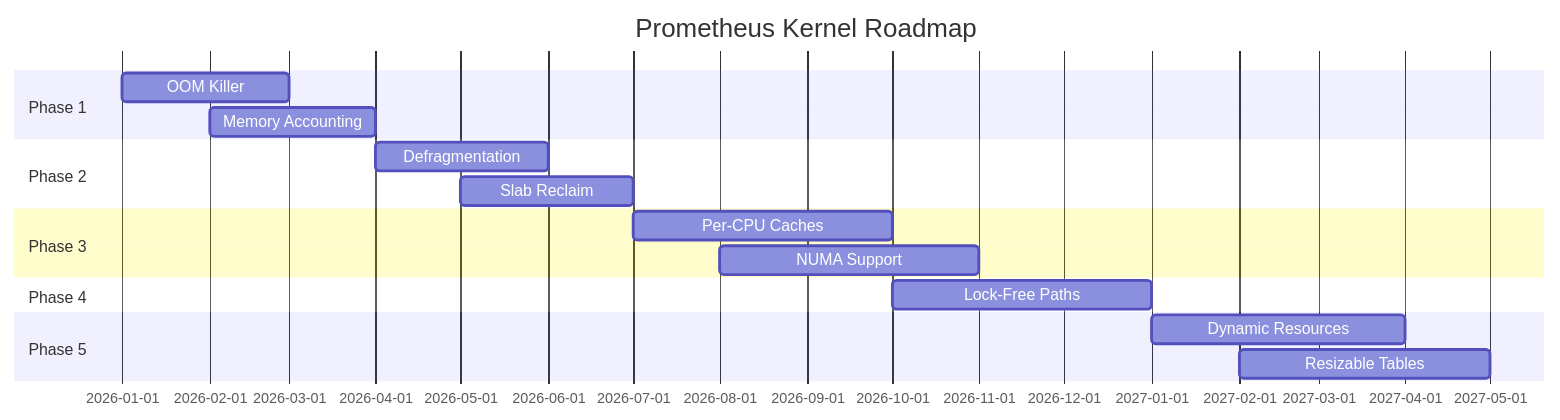
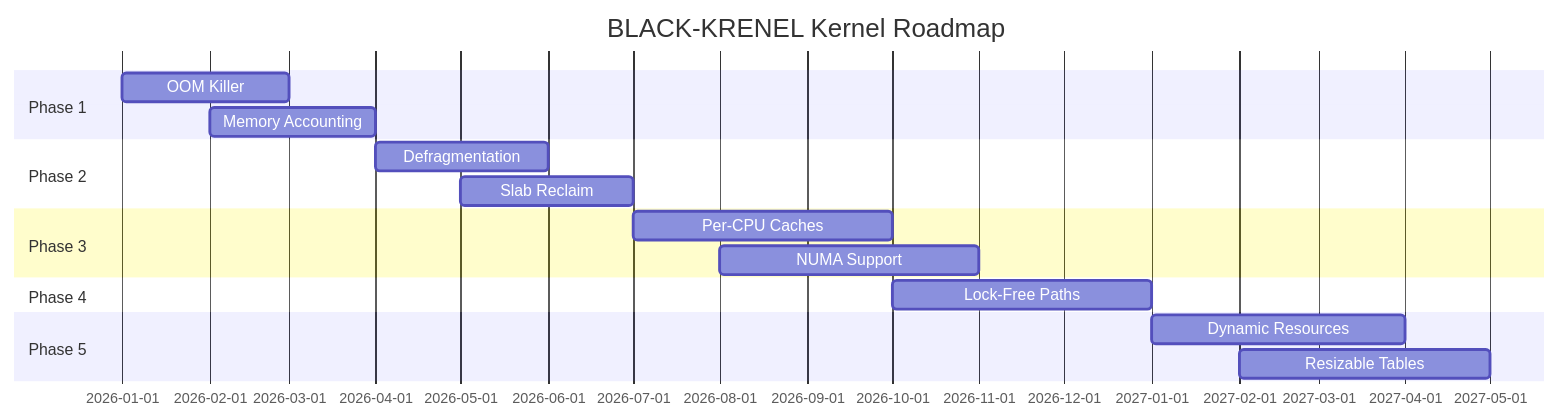
One commit to BLACK0X80/BLACK-KERNEL changed the second of 2 diagrams in README.md. Above: the diagram before and after it, drawn with Mermaid. The commit also changed other lines of this file, not shown here.

Commit message:
Rename Prometheus to BLACK-KRENEL in README

````diff
--- a/README.md
+++ b/README.md
@@ -801,19 +801,19 @@
 ```mermaid
 gantt
-    title Prometheus Kernel Roadmap
+    title BLACK-KRENEL Kernel Roadmap
     dateFormat  YYYY-MM
     section Phase 1
     OOM Killer           :2026-01, 2026-03
     Memory Accounting    :2026-02, 2026-04
     section Phase 2
     Defragmentation      :2026-04, 2026-06
     Slab Reclaim        :2026-05, 2026-07
     section Phase 3
     Per-CPU Caches      :2026-07, 2026-10
     NUMA Support        :2026-08, 2026-11
     section Phase 4
     Lock-Free Paths     :2026-10, 2027-01
     section Phase 5
     Dynamic Resources   :2027-01, 2027-04
     Resizable Tables    :2027-02, 2027-05
 ```
````
